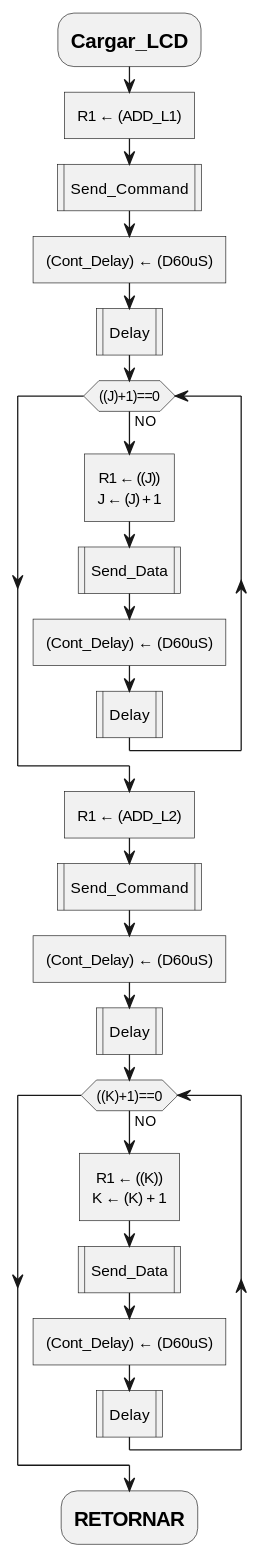
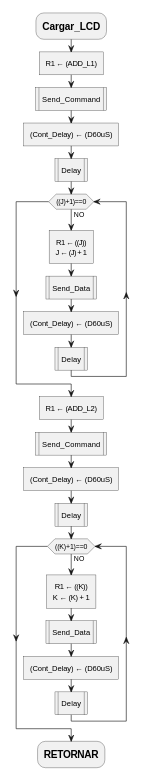
One commit to mlndz28/pr-623 changed diagram 15 of 23 in report.md. Above: the diagram before and after it, drawn with PlantUML. The commit also changed other lines of this file and 4 other files, not shown here.

Commit message:
docs: Parameters and diagrams

````diff
--- a/report.md
+++ b/report.md
@@ -448,28 +557,30 @@
 ```plantuml
 @startuml
 skinparam monochrome true
 skinparam defaultTextAlignment center
 
 :=Cargar_LCD;
+scale max 600 height
 :R1 ← (ADD_L1)]
 :Send_Command|
 :(Cont_Delay) ← (D60uS)]
 :Delay|
 while(((J)+1)==0) is (NO)
   :R1 ← ((J))\nJ ← (J) + 1]
   :Send_Data|
   :(Cont_Delay) ← (D60uS)]
   :Delay|
 endwhile
 :R1 ← (ADD_L2)]
 :Send_Command|
 :(Cont_Delay) ← (D60uS)]
 :Delay|
 while(((K)+1)==0) is (NO)
   :R1 ← ((K))\nK ← (K) + 1]
   :Send_Data|
   :(Cont_Delay) ← (D60uS)]
   :Delay|
 endwhile
 :=RETORNAR;
+@enduml
 ```
````
